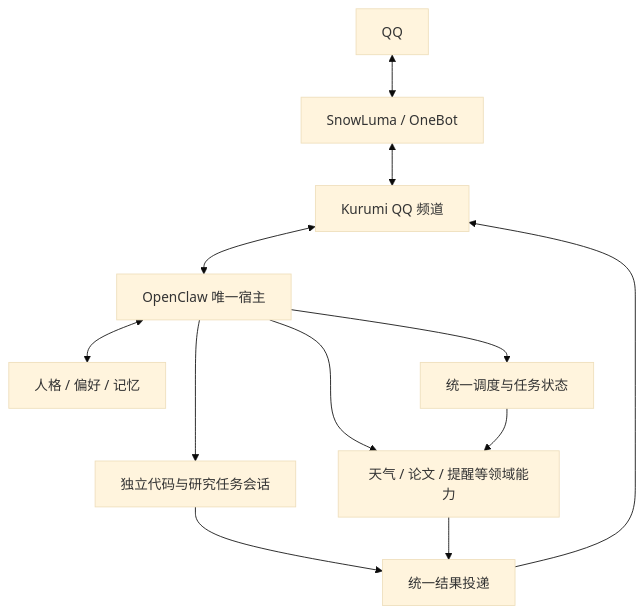
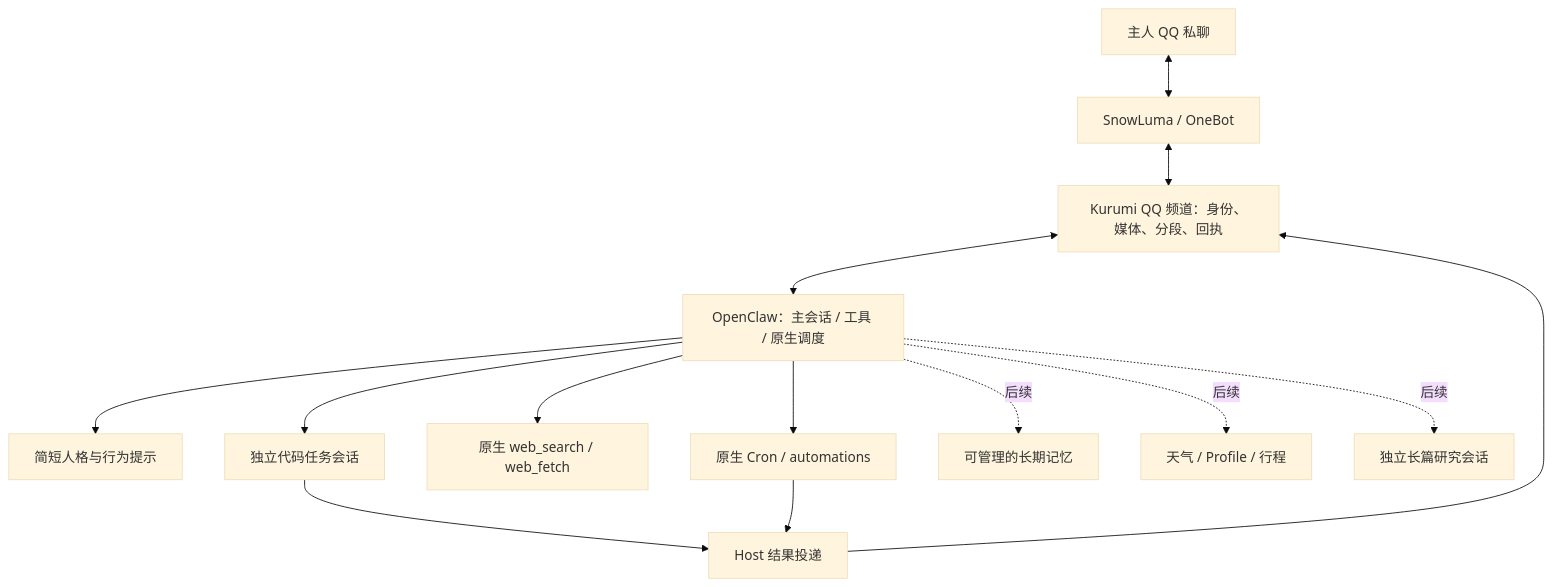
The diagram in docs/9_QQ融合助手架构与开发计划.md (zsh-afrangry/MyBot), drawn with Mermaid (base theme) before and after one commit. The commit also changed other lines of this file and 30 other files, not shown here.

````diff
--- a/docs/9_QQ融合助手架构与开发计划.md
+++ b/docs/9_QQ融合助手架构与开发计划.md
@@ -36,14 +30,16 @@
 ```mermaid
 flowchart TD
-  QQ[QQ] <--> S[SnowLuma / OneBot]
-  S <--> C[Kurumi QQ 频道]
-  C <--> O[OpenClaw 唯一宿主]
-  O <--> P[人格 / 偏好 / 记忆]
-  O --> W[独立代码与研究任务会话]
-  O --> T[统一调度与任务状态]
-  O --> B[天气 / 论文 / 提醒等领域能力]
-  W --> D[统一结果投递]
-  T --> B
-  B --> D
+  Q[主人 QQ 私聊] <--> S[SnowLuma / OneBot]
+  S <--> C[Kurumi QQ 频道：身份、媒体、分段、回执]
+  C <--> O[OpenClaw：主会话 / 工具 / 原生调度]
+  O --> P[简短人格与行为提示]
+  O --> W[独立代码任务会话]
+  O --> R[原生 web_search / web_fetch]
+  O --> T[原生 Cron / automations]
+  W --> D[Host 结果投递]
+  T --> D
   D --> C
+  O -. 后续 .-> M[可管理的长期记忆]
+  O -. 后续 .-> B[天气 / Profile / 行程]
+  O -. 后续 .-> L[独立长篇研究会话]
 ```
````
